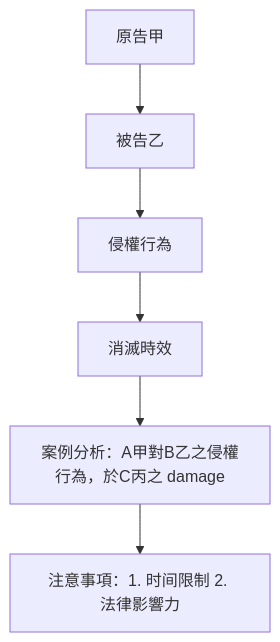
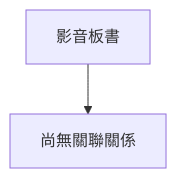
The diagram in Obsidian_Vault/04_教材圖表校對/校對_影音板書_預約32 2025-01-24 20-20-08-801_00_35_45.md (sk285513-dev/cc-switch), drawn with Mermaid before and after one commit. The commit also changed other lines of this file and 34571 other files, not shown here.

````diff
--- a/Obsidian_Vault/04_教材圖表校對/校對_影音板書_預約32 2025-01-24 20-20-08-801_00_35_45.md
+++ b/Obsidian_Vault/04_教材圖表校對/校對_影音板書_預約32 2025-01-24 20-20-08-801_00_35_45.md
@@ -25,8 +16,4 @@
 ```mermaid
 graph TD
-    A["原告甲"] --> B["被告乙"]
-    B --> C["侵權行為"]
-    C --> D["消滅時效"]
-    D --> E["案例分析：A甲對B乙之侵權行為，於C丙之 damage"]
-    E --> F["注意事項：1. 时间限制 2. 法律影響力"]
+    A["影音板書"] --> B["尚無關聯關係"]
 ```
````
